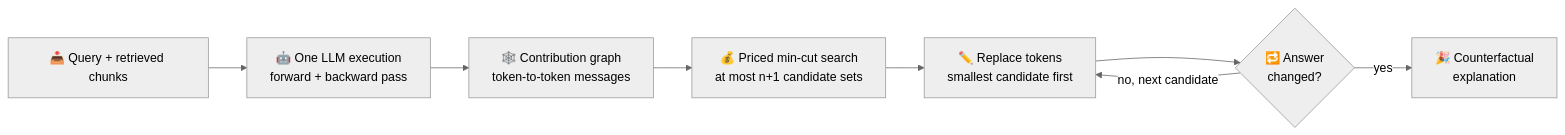
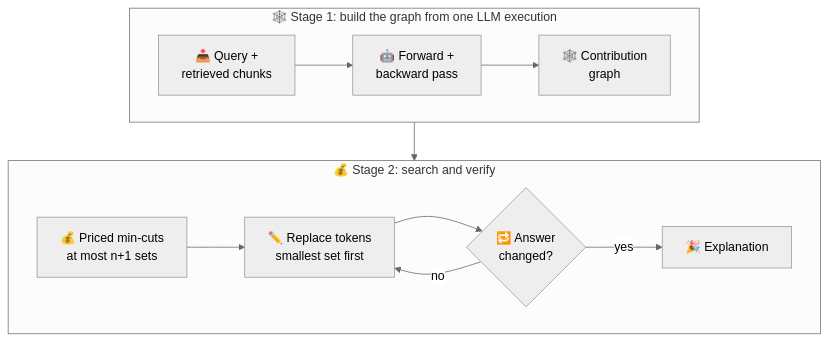
One commit to JayLZhou/CausalityRAG changed the diagram in README.md. Above: the diagram before and after it, drawn with Mermaid (neutral theme).

Commit message:
Lay out the README diagram in two stages

````diff
--- a/README.md
+++ b/README.md
@@ -50,10 +50,14 @@
 ```mermaid
-flowchart LR
-    A["📥 Query + retrieved chunks"] --> B["🤖 One LLM execution<br/>forward + backward pass"]
-    B --> C["🕸️ Contribution graph<br/>token-to-token messages"]
-    C --> D["💰 Priced min-cut search<br/>at most n+1 candidate sets"]
-    D --> E["✏️ Replace tokens<br/>smallest candidate first"]
-    E --> F{"🔁 Answer<br/>changed?"}
-    F -- "no, next candidate" --> E
-    F -- "yes" --> G["🎉 Counterfactual<br/>explanation"]
+flowchart TB
+    subgraph S1["🕸️ Stage 1: build the graph from one LLM execution"]
+        direction LR
+        A["📥 Query +<br/>retrieved chunks"] --> B["🤖 Forward +<br/>backward pass"] --> C["🕸️ Contribution<br/>graph"]
+    end
+    subgraph S2["💰 Stage 2: search and verify"]
+        direction LR
+        D["💰 Priced min-cuts<br/>at most n+1 sets"] --> E["✏️ Replace tokens<br/>smallest set first"] --> F{"🔁 Answer<br/>changed?"}
+        F -- "no" --> E
+        F -- "yes" --> G["🎉 Explanation"]
+    end
+    S1 --> S2
 ```
````
